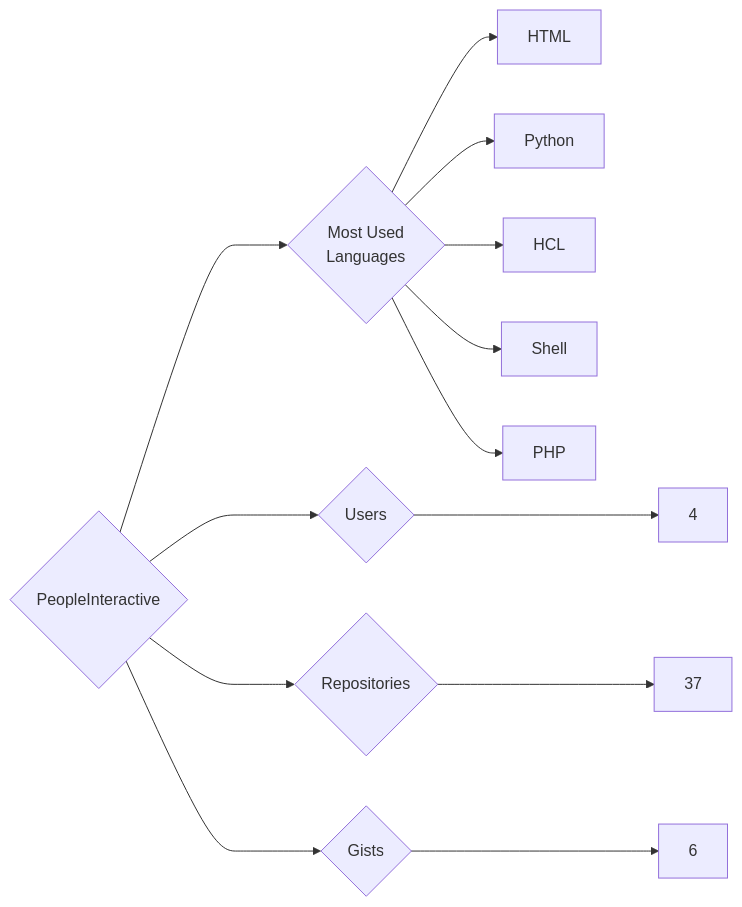
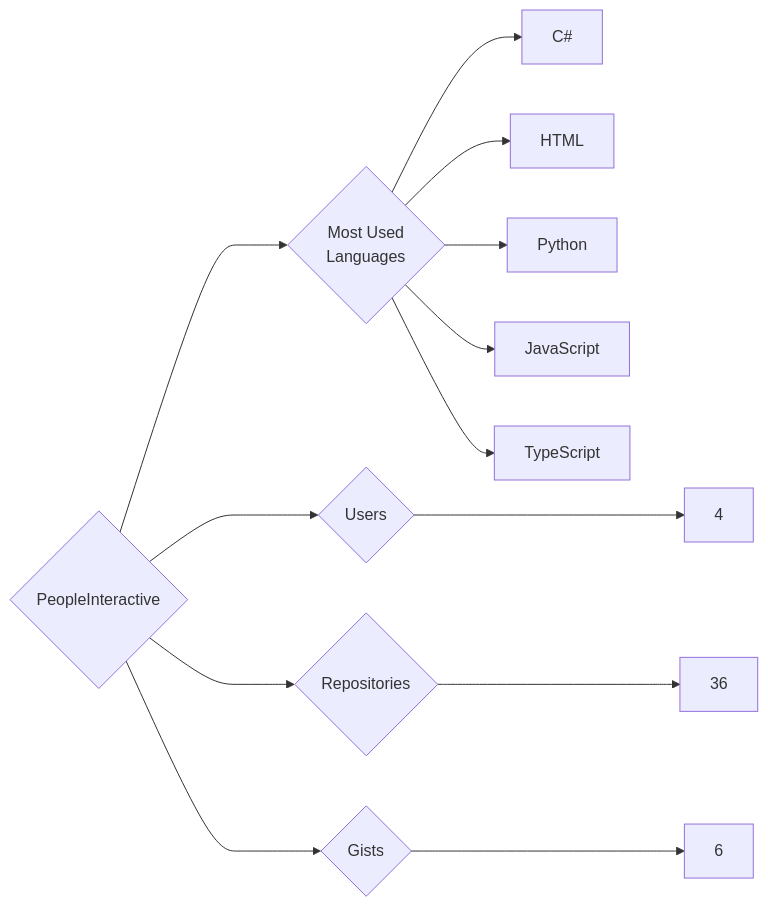
One commit to trickest/insiders changed the diagram in targets/PeopleInteractive/README.md. Above: the diagram before and after it, drawn with Mermaid. The commit also changed 953 other files, not shown here.

````diff
--- a/targets/PeopleInteractive/README.md
+++ b/targets/PeopleInteractive/README.md
@@ -3,13 +3,13 @@
 ```mermaid
 graph LR
 COMPANY_NAME{PeopleInteractive}
 COMPANY_NAME ---> U{Users} ---> UN[4]
-COMPANY_NAME ---> R{Repositories} ---> RN[37]
+COMPANY_NAME ---> R{Repositories} ---> RN[36]
 COMPANY_NAME ---> G{Gists} ---> GN[6]
 COMPANY_NAME ---> ML{Most Used<br>Languages}
+ML --> C#[C#]
 ML --> HTML[HTML]
 ML --> Python[Python]
-ML --> HCL[HCL]
-ML --> Shell[Shell]
-ML --> PHP[PHP]
+ML --> JavaScript[JavaScript]
+ML --> TypeScript[TypeScript]
 ```
````
